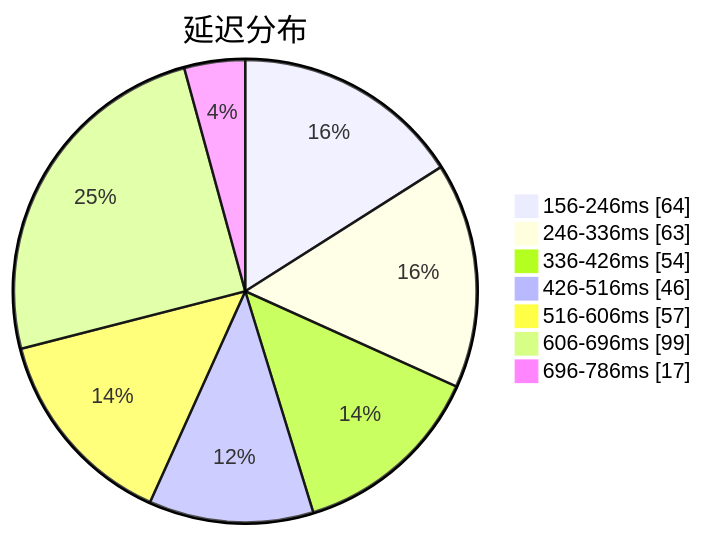
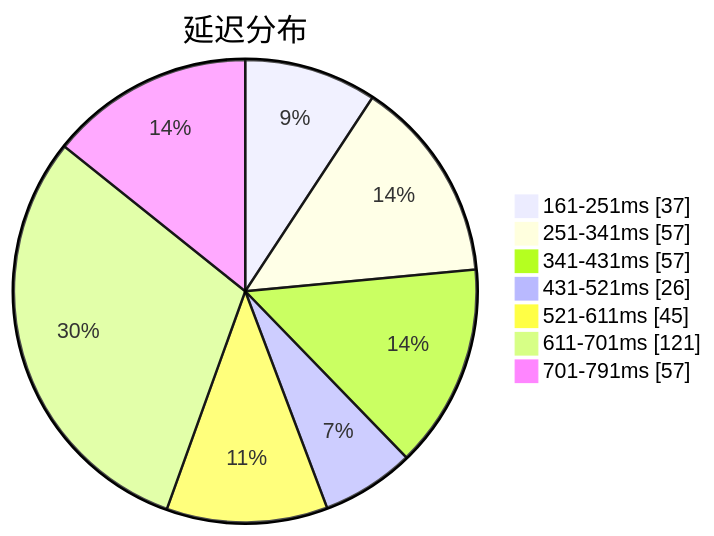
The first of 3 diagrams in subs/statistics/tested_within.md (qjlxg/airport), drawn with Mermaid before and after one commit. The commit also changed other lines of this file and 2 other files, not shown here.

````diff
--- a/subs/statistics/tested_within.md
+++ b/subs/statistics/tested_within.md
@@ -2,11 +2,11 @@
 ```mermaid
 pie showData
 title 延迟分布
-"156-246ms" : 64
-"246-336ms" : 63
-"336-426ms" : 54
-"426-516ms" : 46
-"516-606ms" : 57
-"606-696ms" : 99
-"696-786ms" : 17
+"161-251ms" : 37
+"251-341ms" : 57
+"341-431ms" : 57
+"431-521ms" : 26
+"521-611ms" : 45
+"611-701ms" : 121
+"701-791ms" : 57
 ```
````
